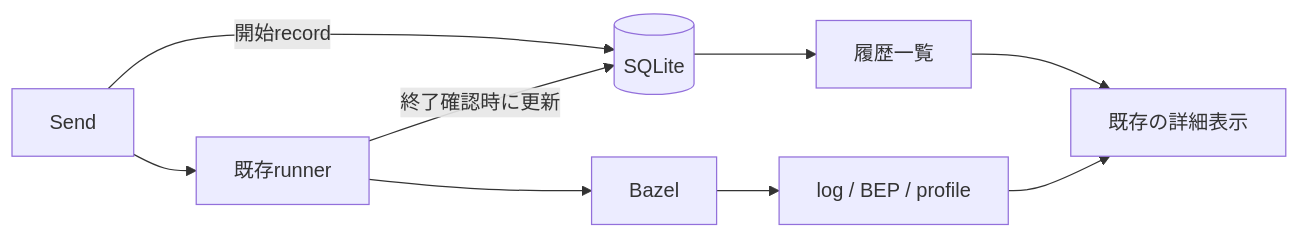
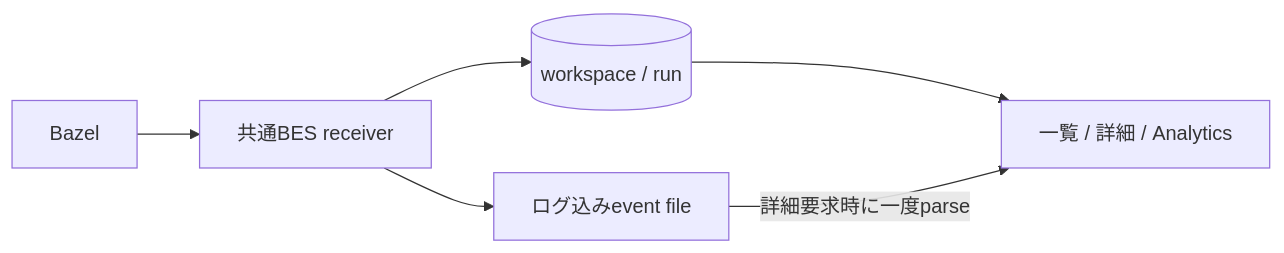
The diagram in docs/design/m4-run-history.md (OhataKenji/zeal), drawn with Mermaid before and after one commit. The commit also changed other lines of this file and 25 other files, not shown here.

````diff
--- a/docs/design/m4-run-history.md
+++ b/docs/design/m4-run-history.md
@@ -48,9 +29,8 @@
 ```mermaid
 flowchart LR
-    SEND["Send"] -->|"開始record"| DB[("SQLite")]
-    SEND --> RUNNER["既存runner"] --> BAZEL["Bazel"]
-    RUNNER -->|"終了確認時に更新"| DB
-    BAZEL --> FILES["log / BEP / profile"]
-    DB --> LIST["履歴一覧"] --> DETAIL["既存の詳細表示"]
-    FILES --> DETAIL
+    BAZEL["Bazel"] --> BES["共通BES receiver"]
+    BES --> DB[("workspace / run")]
+    BES --> EVENTS["ログ込みevent file"]
+    DB --> VIEW["一覧 / 詳細 / Analytics"]
+    EVENTS -->|"詳細要求時に一度parse"| VIEW
 ```
````
